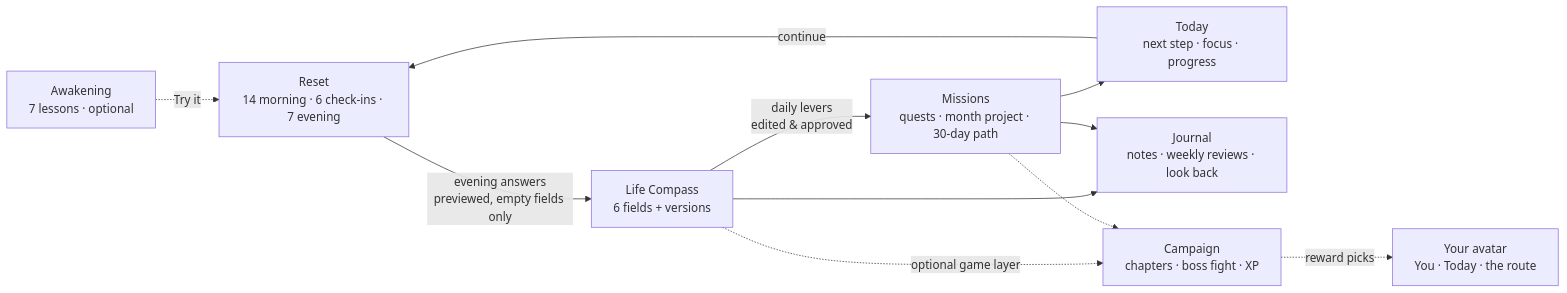
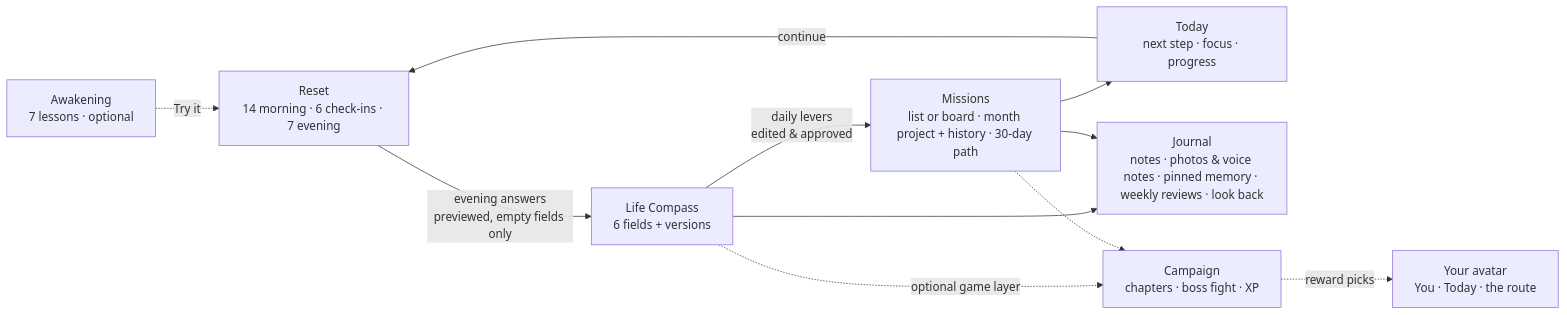
Before and after one commit to gabsioussema/cartharise: the diagram in README.md, drawn with Mermaid. The commit also changed other lines of this file and 21 other files, not shown here.

````diff
--- a/README.md
+++ b/README.md
@@ -193,13 +203,13 @@
 ```mermaid
 flowchart LR
     L["Awakening<br/>7 lessons · optional"] -.->|Try it| R
     R["Reset<br/>14 morning · 6 check-ins · 7 evening"] -->|evening answers<br/>previewed, empty fields only| C["Life Compass<br/>6 fields + versions"]
-    C -->|daily levers<br/>edited & approved| M["Missions<br/>quests · month project · 30-day path"]
+    C -->|daily levers<br/>edited & approved| M["Missions<br/>list or board · month project + history · 30-day path"]
     M --> T["Today<br/>next step · focus · progress"]
     T -->|continue| R
-    C --> J["Journal<br/>notes · weekly reviews · look back"]
+    C --> J["Journal<br/>notes · photos & voice notes · pinned memory · weekly reviews · look back"]
     M --> J
     C -.->|optional game layer| G["Campaign<br/>chapters · boss fight · XP"]
     M -.-> G
     G -.->|reward picks| A["Your avatar<br/>You · Today · the route"]
 ```
````
